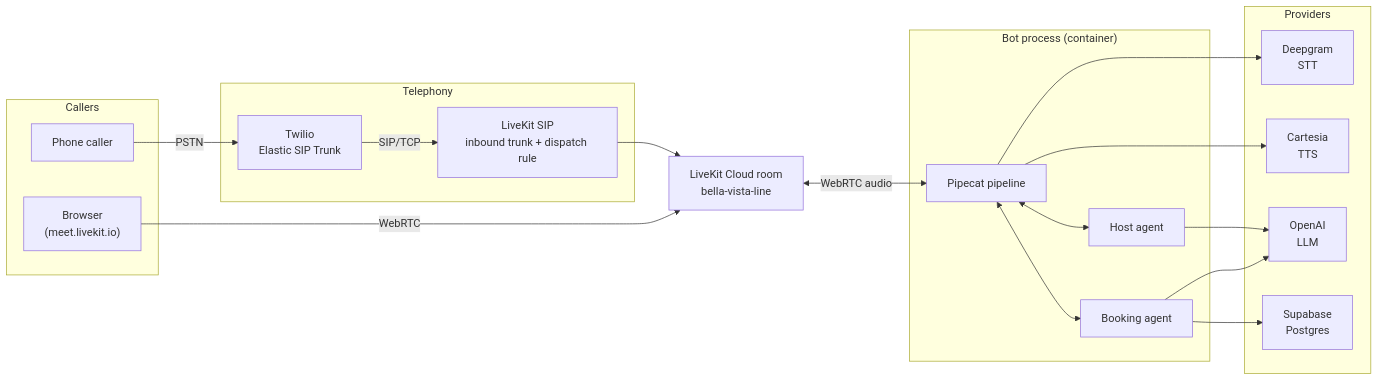
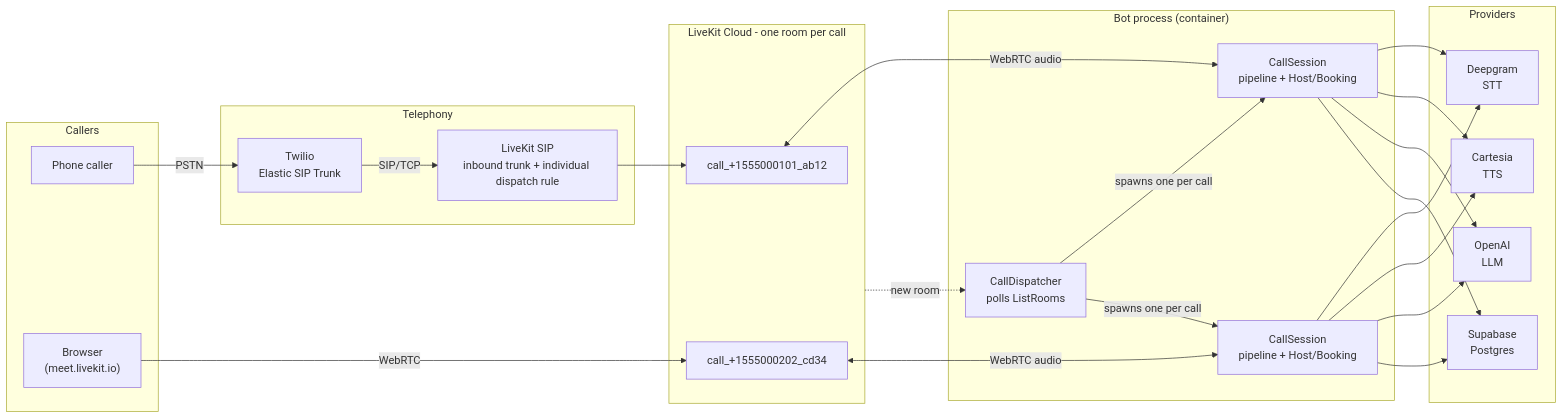
Before and after one commit to rafaelsanin/realtime-ai-voice-multi-agent: the diagram in docs/diagrams/architecture.mmd, drawn with Mermaid. The commit also changed 14 other files, not shown here.

First line of the commit message:
calls: per-call dispatch for concurrent callers

```diff
--- a/docs/diagrams/architecture.mmd
+++ b/docs/diagrams/architecture.mmd
@@ -1,36 +1,44 @@
 flowchart LR
     subgraph Callers
         Phone["Phone caller"]
         Browser["Browser<br/>(meet.livekit.io)"]
     end
 
     subgraph Telephony
         Twilio["Twilio<br/>Elastic SIP Trunk"]
-        LKSIP["LiveKit SIP<br/>inbound trunk + dispatch rule"]
+        LKSIP["LiveKit SIP<br/>inbound trunk + individual dispatch rule"]
     end
 
-    Room["LiveKit Cloud room<br/>bella-vista-line"]
+    subgraph Rooms["LiveKit Cloud - one room per call"]
+        RoomA["call_+1555000101_ab12"]
+        RoomB["call_+1555000202_cd34"]
+    end
 
     subgraph Bot["Bot process (container)"]
-        Pipeline["Pipecat pipeline"]
-        Host["Host agent"]
-        Booking["Booking agent"]
+        Dispatcher["CallDispatcher<br/>polls ListRooms"]
+        SessionA["CallSession<br/>pipeline + Host/Booking"]
+        SessionB["CallSession<br/>pipeline + Host/Booking"]
     end
 
     subgraph Providers
         DG["Deepgram<br/>STT"]
         OAI["OpenAI<br/>LLM"]
         CTS["Cartesia<br/>TTS"]
         SB["Supabase<br/>Postgres"]
     end
 
-    Phone -->|PSTN| Twilio -->|SIP/TCP| LKSIP --> Room
-    Browser -->|WebRTC| Room
-    Room <-->|WebRTC audio| Pipeline
-    Pipeline --> DG
-    Pipeline --> CTS
-    Pipeline <--> Host
-    Pipeline <--> Booking
-    Host --> OAI
-    Booking --> OAI
-    Booking --> SB
+    Phone -->|PSTN| Twilio -->|SIP/TCP| LKSIP --> RoomA
+    Browser -->|WebRTC| RoomB
+    Rooms -.->|new room| Dispatcher
+    Dispatcher -->|spawns one per call| SessionA
+    Dispatcher -->|spawns one per call| SessionB
+    RoomA <-->|WebRTC audio| SessionA
+    RoomB <-->|WebRTC audio| SessionB
+    SessionA --> DG
+    SessionA --> CTS
+    SessionA --> OAI
+    SessionA --> SB
+    SessionB --> DG
+    SessionB --> CTS
+    SessionB --> OAI
+    SessionB --> SB
```
